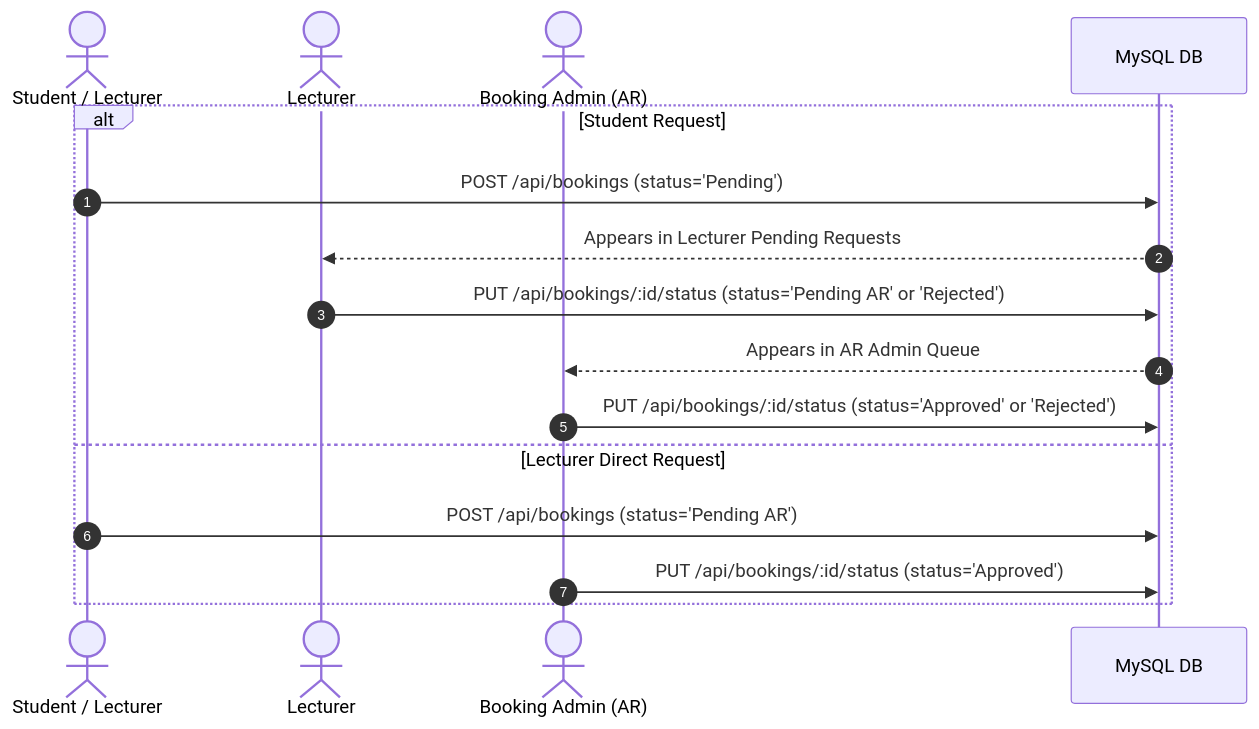
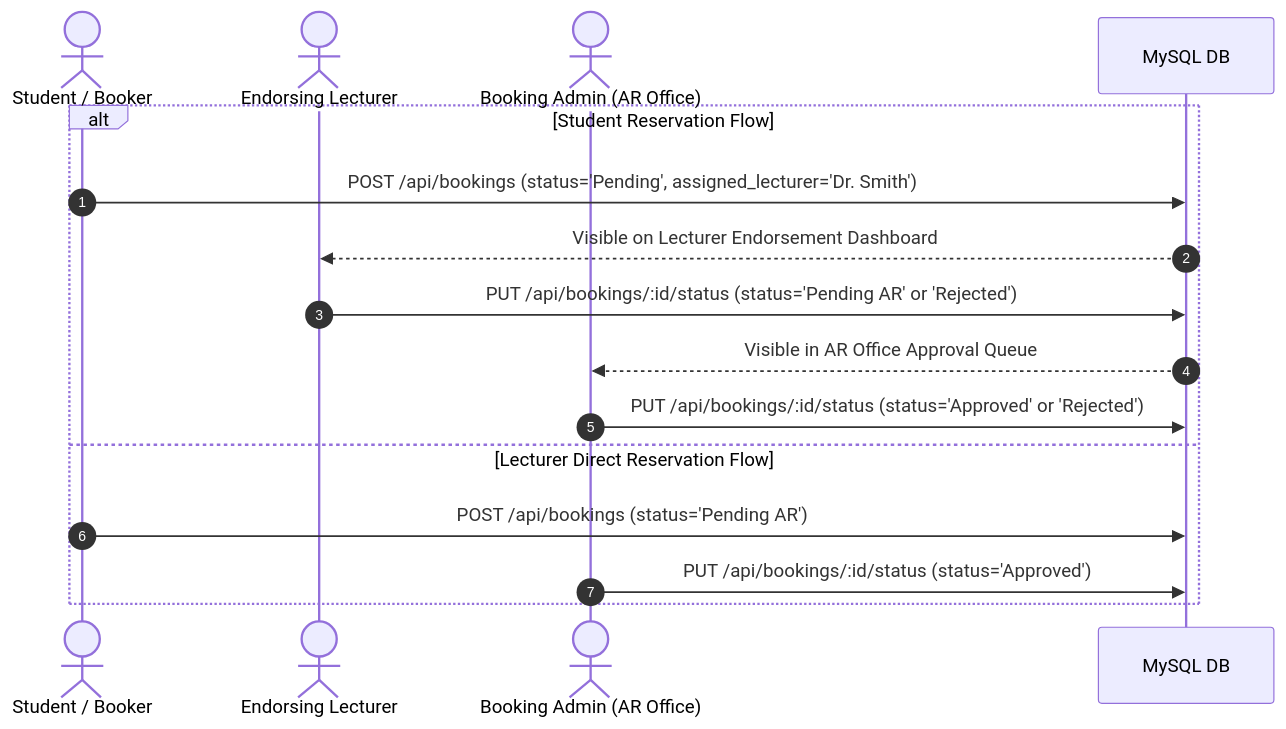
One commit to Agent-X237/e22-co2060-Project-KNOT changed the third of 5 diagrams in docs/DEVELOPER_GUIDE.md. Above: the diagram before and after it, drawn with Mermaid. The commit also changed other lines of this file and 10 other files, not shown here.

````diff
--- a/docs/DEVELOPER_GUIDE.md
+++ b/docs/DEVELOPER_GUIDE.md
@@ -224,19 +348,19 @@
 ```mermaid
 sequenceDiagram
     autonumber
-    actor S as Student / Lecturer
-    actor L as Lecturer
-    actor A as Booking Admin (AR)
+    actor S as Student / Booker
+    actor L as Endorsing Lecturer
+    actor A as Booking Admin (AR Office)
     participant DB as MySQL DB
 
-    alt Student Request
-        S->>DB: POST /api/bookings (status='Pending')
-        DB-->>L: Appears in Lecturer Pending Requests
+    alt Student Reservation Flow
+        S->>DB: POST /api/bookings (status='Pending', assigned_lecturer='Dr. Smith')
+        DB-->>L: Visible on Lecturer Endorsement Dashboard
         L->>DB: PUT /api/bookings/:id/status (status='Pending AR' or 'Rejected')
-        DB-->>A: Appears in AR Admin Queue
+        DB-->>A: Visible in AR Office Approval Queue
         A->>DB: PUT /api/bookings/:id/status (status='Approved' or 'Rejected')
-    else Lecturer Direct Request
+    else Lecturer Direct Reservation Flow
         S->>DB: POST /api/bookings (status='Pending AR')
         A->>DB: PUT /api/bookings/:id/status (status='Approved')
     end
 ```
````
